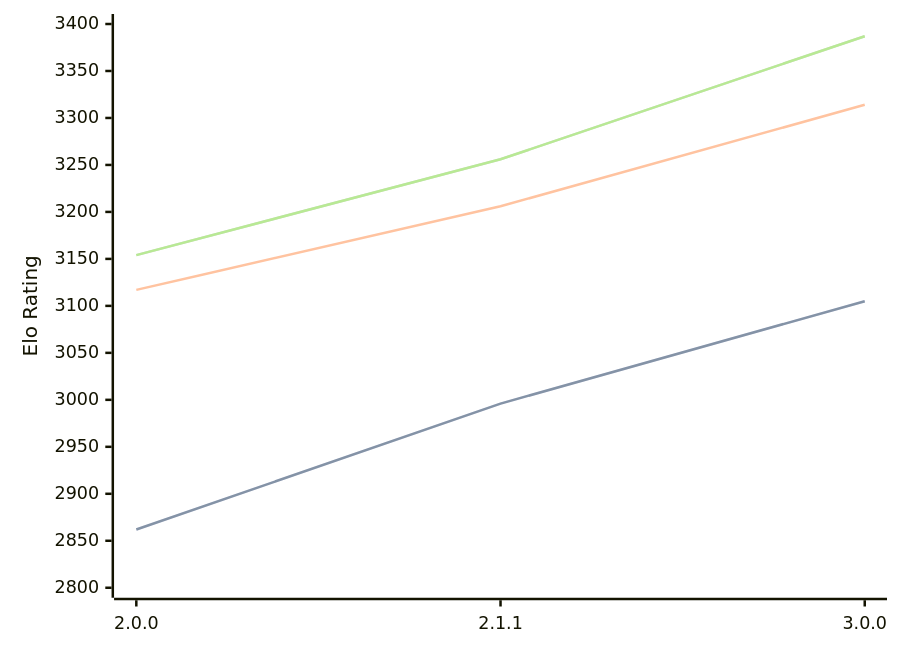
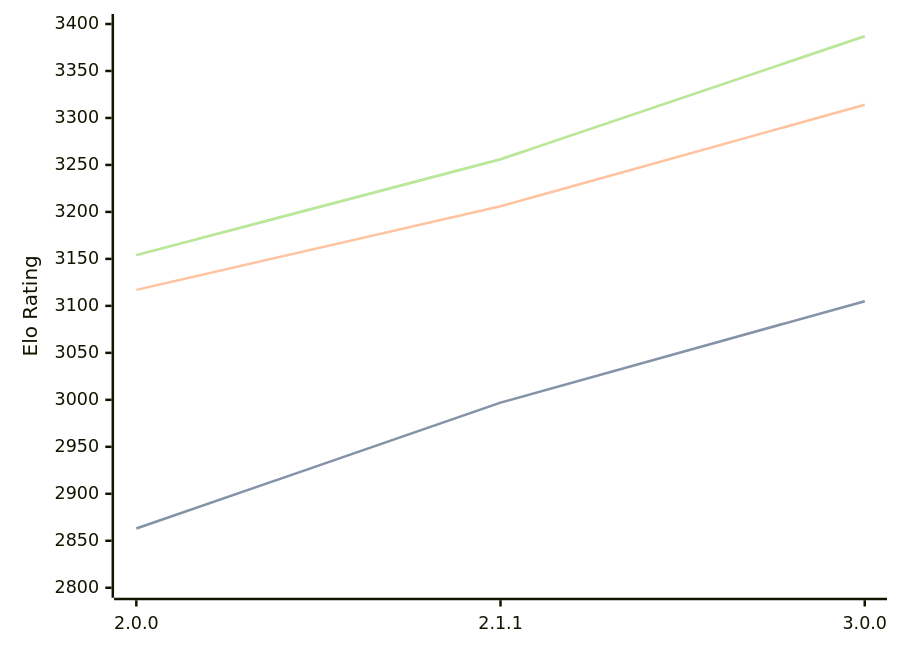
One commit to computer-chess-index/cci changed the diagram in engines/Bread.md. Above: the diagram before and after it, drawn with Mermaid. The commit also changed other lines of this file, not shown here.

````diff
--- a/engines/Bread.md
+++ b/engines/Bread.md
@@ -36,11 +36,11 @@
 ```mermaid
 %%{init: {"theme":"base","themeVariables":{"seriesColors:['#a3a3a3','#222221','#faa371']}}}%%
 xychart-beta
   x-axis ["2.0.0", "2.1.1", "3.0.0"]
   y-axis "Elo Rating" 2800 --> 3400
-  line "" [2862, 2996, 3105]
-  line "STC (8.0+0.08s)" [2862, 2996, 3105]
+  line "" [2863, 2997, 3105]
+  line "STC (8.0+0.08s)" [2863, 2997, 3105]
   line "LTC (60.0+0.60s)" [3117, 3206, 3314]
   line "" [3154, 3256, 3387]
   line "VLTC (2m24s+1.12s)" [3154, 3256, 3387]
 ```
````
